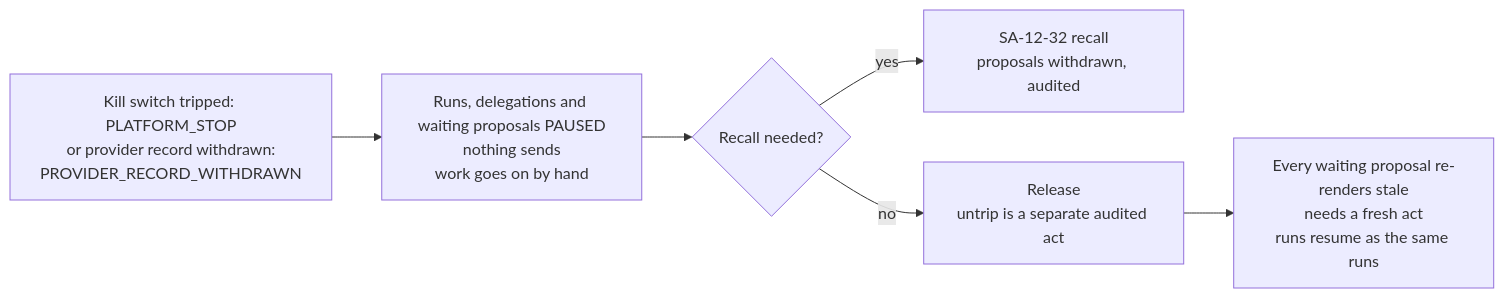
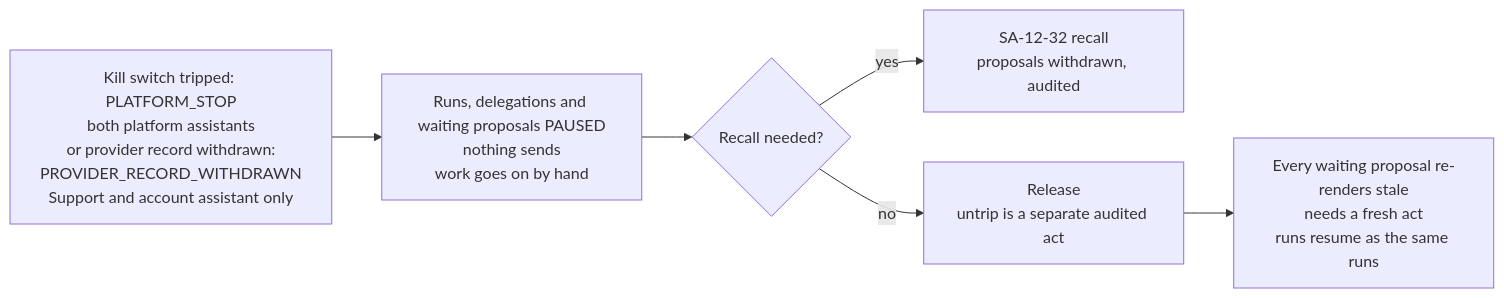
One commit to ranjan-expatready/xpatready changed the fourth of 4 diagrams in ai-workers/requirements/AW-02-platform-ai-assistants_v0.1.md. Above: the diagram before and after it, drawn with Mermaid. The commit also changed other lines of this file and 6 other files, not shown here.

````diff
--- a/ai-workers/requirements/AW-02-platform-ai-assistants_v0.1.md
+++ b/ai-workers/requirements/AW-02-platform-ai-assistants_v0.1.md
@@ -137,8 +145,8 @@
 ```mermaid
 flowchart LR
-    K[Kill switch tripped: PLATFORM_STOP<br/>or provider record withdrawn:<br/>PROVIDER_RECORD_WITHDRAWN] --> PA[Runs, delegations and waiting proposals PAUSED<br/>nothing sends<br/>work goes on by hand]
+    K[Kill switch tripped: PLATFORM_STOP<br/>both platform assistants<br/>or provider record withdrawn:<br/>PROVIDER_RECORD_WITHDRAWN<br/>Support and account assistant only] --> PA[Runs, delegations and waiting proposals PAUSED<br/>nothing sends<br/>work goes on by hand]
     PA --> RC{Recall needed?}
     RC -->|yes| W[SA-12-32 recall<br/>proposals withdrawn, audited]
     RC -->|no| RL[Release<br/>untrip is a separate audited act]
     RL --> ST[Every waiting proposal re-renders stale<br/>needs a fresh act<br/>runs resume as the same runs]
 ```
````
